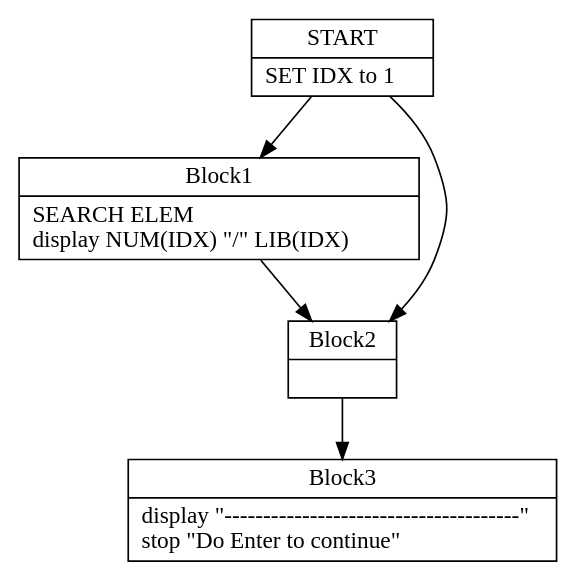
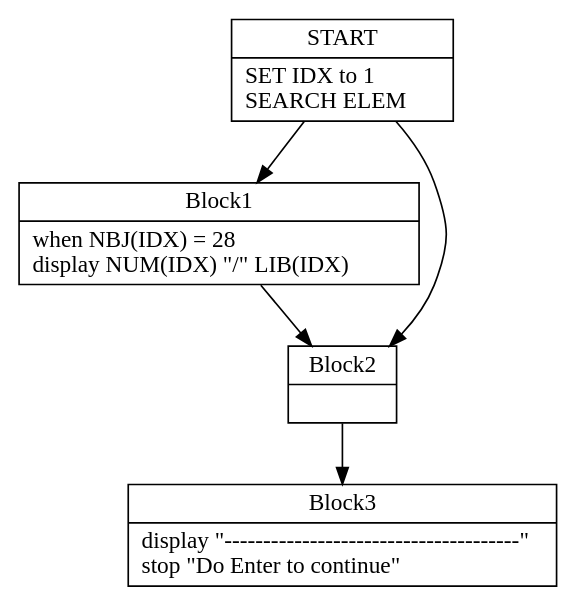
One commit to TypeCobolTeam/TypeCobol changed the diagram in TypeCobol.Analysis.Test/DotOutput/Search0.dot. Above: the diagram before and after it, drawn with Graphviz. The commit also changed 5 other files, not shown here.

Commit message:
WI #1269 Keep on testing CFG dot graphs and visualization

```diff
--- a/TypeCobol.Analysis.Test/DotOutput/Search0.dot
+++ b/TypeCobol.Analysis.Test/DotOutput/Search0.dot
@@ -1,26 +1,26 @@
 digraph Cfg {
 node [
 shape = "record"
 ]
 
 edge [
 arrowtail = "empty"
 ]
 Block0 [
-label = "{START|    SET IDX to 1\l}"
+label = "{START|    SET IDX to 1\l    SEARCH ELEM\l}"
 ]
 Block1 [
-label = "{Block1|    SEARCH ELEM\l           display NUM(IDX) \"/\" LIB(IDX)\l}"
+label = "{Block1|           when NBJ(IDX) = 28\l           display NUM(IDX) \"/\" LIB(IDX)\l}"
 ]
 Block2 [
 label = "{Block2|}"
 ]
 Block3 [
 label = "{Block3|    display \"--------------------------------------\"\l    stop \"Do Enter to continue\"\l}"
 ]
 Block0 -> Block1
 Block0 -> Block2
 Block1 -> Block2
 Block2 -> Block3
 
 }
```
